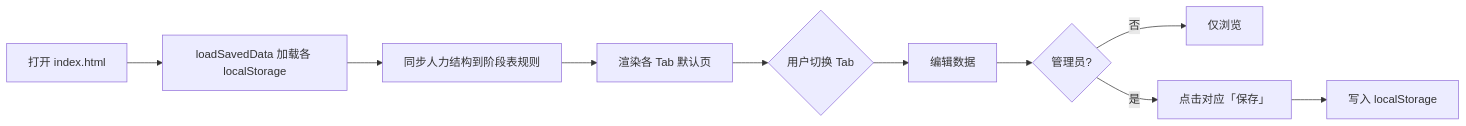
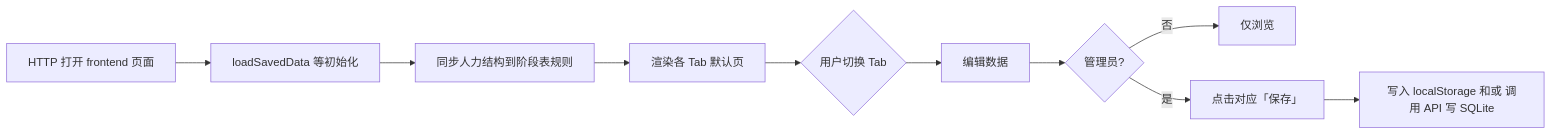
The first of 2 diagrams in docs/PRD-项目管理登记工具.md (sky-ding/test), drawn with Mermaid before and after one commit. The commit also changed other lines of this file and 20 other files, not shown here.

````diff
--- a/docs/PRD-项目管理登记工具.md
+++ b/docs/PRD-项目管理登记工具.md
@@ -128,12 +136,12 @@
 ```mermaid
 flowchart LR
-  A[打开 index.html] --> B[loadSavedData 加载各 localStorage]
+  A[HTTP 打开 frontend 页面] --> B[loadSavedData 等初始化]
   B --> C[同步人力结构到阶段表规则]
   C --> D[渲染各 Tab 默认页]
   D --> E{用户切换 Tab}
   E --> F[编辑数据]
   F --> G{管理员?}
   G -- 否 --> H[仅浏览]
   G -- 是 --> I[点击对应「保存」]
-  I --> J[写入 localStorage]
+  I --> J[写入 localStorage 和或 调用 API 写 SQLite]
 ```
````
